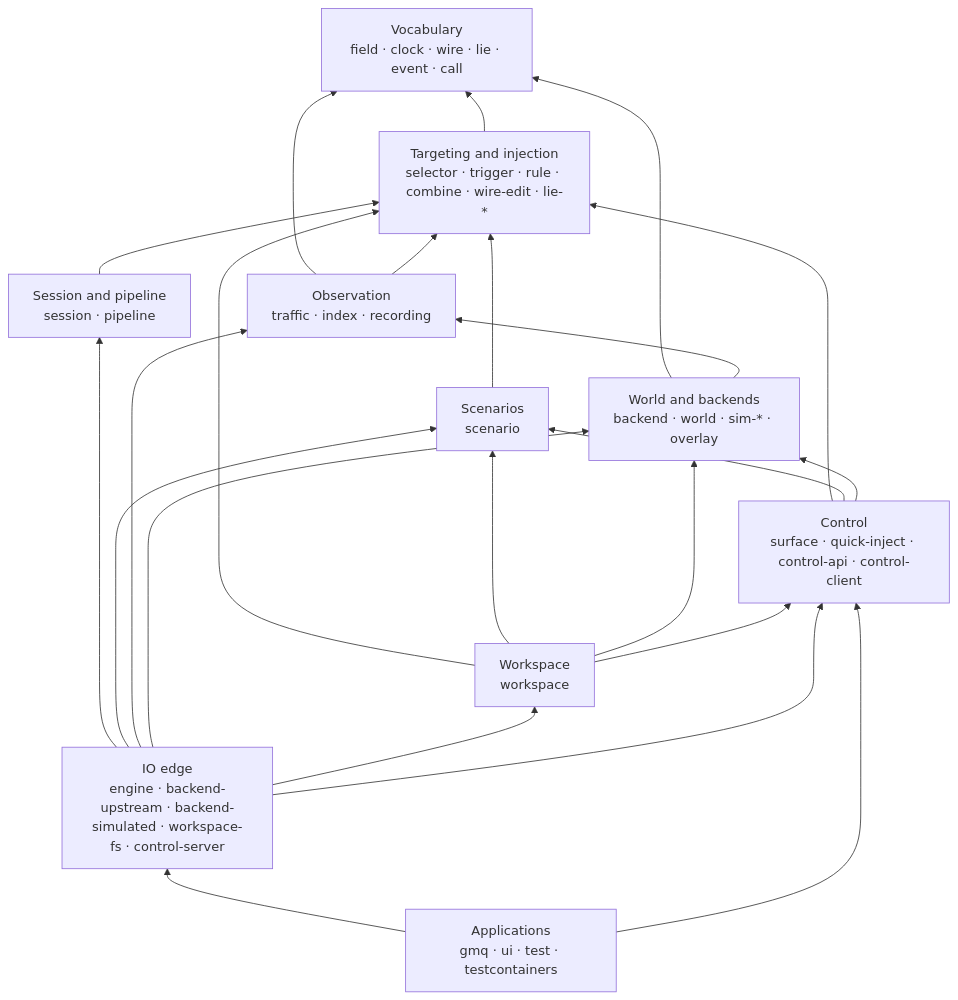
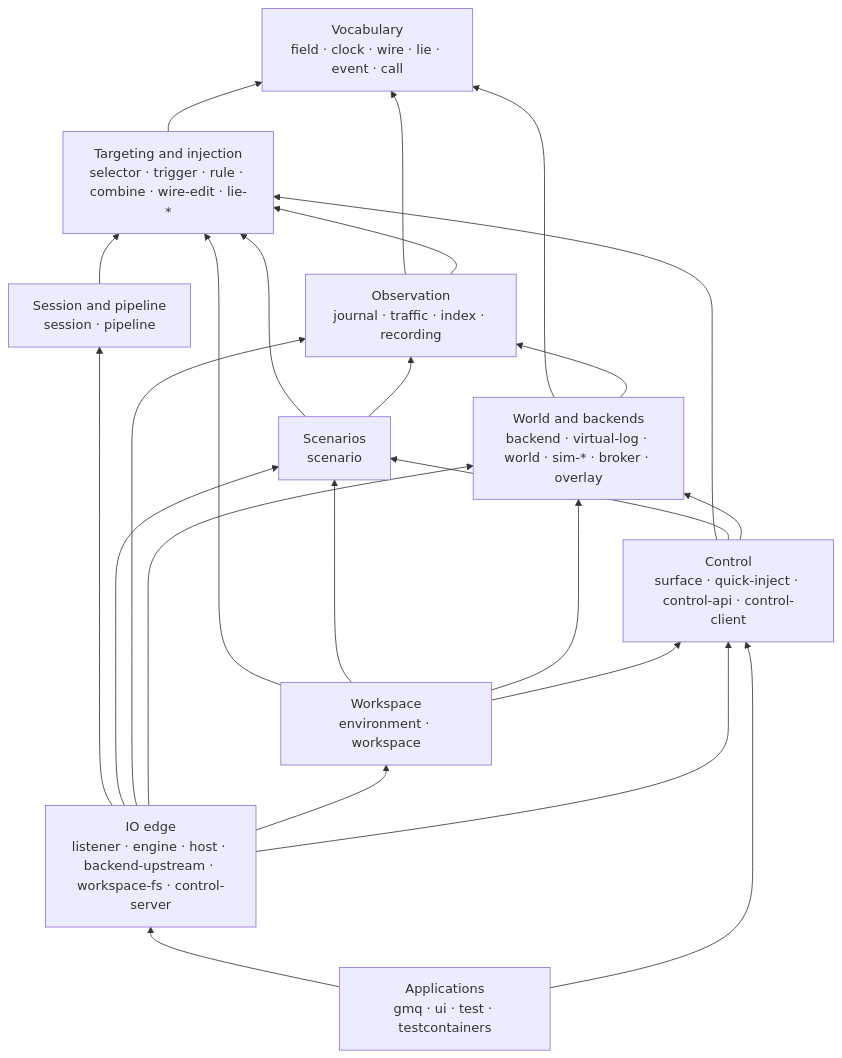
One commit to cruxy-eu/gaslightmq changed the diagram in docs/specs/architecture/crates.md. Above: the diagram before and after it, drawn with Mermaid. The commit also changed other lines of this file and 15 other files, not shown here.

First line of the commit message:
docs: specify storage, instances, virtual records and schema registries

````diff
--- a/docs/specs/architecture/crates.md
+++ b/docs/specs/architecture/crates.md
@@ -40,36 +40,37 @@
 ```mermaid
 flowchart BT
   V["Vocabulary<br/>field · clock · wire · lie · event · call"]
   T["Targeting and injection<br/>selector · trigger · rule · combine · wire-edit · lie-*"]
   P["Session and pipeline<br/>session · pipeline"]
   S["Scenarios<br/>scenario"]
-  O["Observation<br/>traffic · index · recording"]
-  W["World and backends<br/>backend · world · sim-* · overlay"]
-  F["Workspace<br/>workspace"]
+  O["Observation<br/>journal · traffic · index · recording"]
+  W["World and backends<br/>backend · virtual-log · world · sim-* · broker · overlay"]
+  F["Workspace<br/>environment · workspace"]
   C["Control<br/>surface · quick-inject · control-api · control-client"]
-  IO["IO edge<br/>engine · backend-upstream · backend-simulated · workspace-fs · control-server"]
+  IO["IO edge<br/>listener · engine · host · backend-upstream · workspace-fs · control-server"]
   A["Applications<br/>gmq · ui · test · testcontainers"]
 
   T --> V
   P --> T
   S --> T
+  S --> O
   O --> V
   O --> T
   W --> V
   W --> O
   F --> T
   F --> S
   F --> W
   F --> C
   C --> T
   C --> S
   C --> W
   IO --> P
   IO --> S
   IO --> O
   IO --> W
   IO --> F
   IO --> C
   A --> IO
   A --> C
 ```
````
